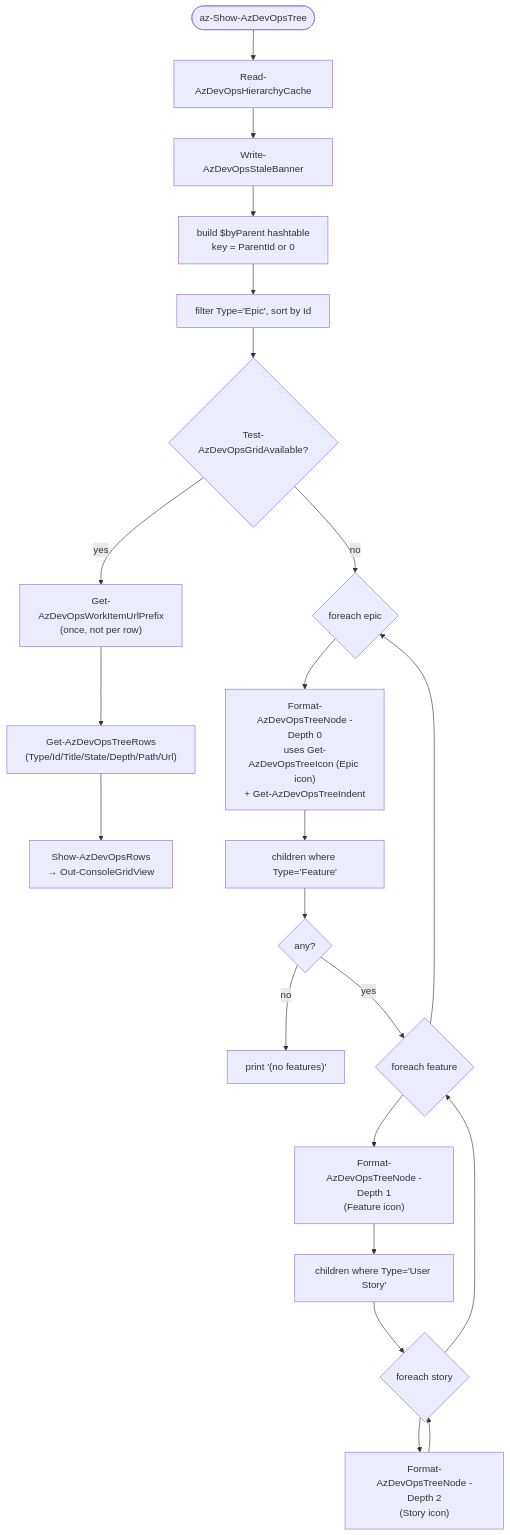
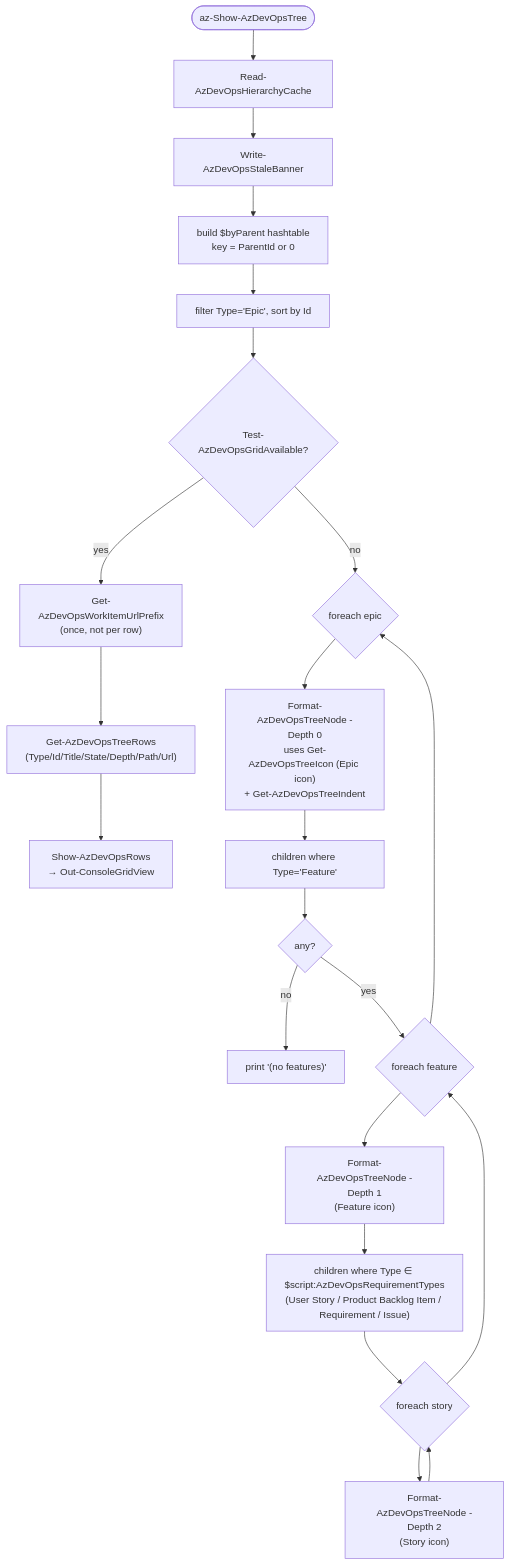
One commit to jdschleicher/bashcuts changed the seventh of 10 diagrams in docs/azure-devops-diagrams.md. Above: the diagram before and after it, drawn with Mermaid. The commit also changed other lines of this file and 1 other file, not shown here.

````diff
--- a/docs/azure-devops-diagrams.md
+++ b/docs/azure-devops-diagrams.md
@@ -269,24 +271,24 @@
 ```mermaid
 flowchart TD
     Start([az-Show-AzDevOpsTree]) --> Read[Read-AzDevOpsHierarchyCache]
     Read --> Banner[Write-AzDevOpsStaleBanner]
     Banner --> Index["build $byParent hashtable<br/>key = ParentId or 0"]
     Index --> Epics["filter Type='Epic', sort by Id"]
     Epics --> Grid{Test-AzDevOpsGridAvailable?}
     Grid -- yes --> Pfx["Get-AzDevOpsWorkItemUrlPrefix<br/>(once, not per row)"]
     Pfx --> RowsFn["Get-AzDevOpsTreeRows<br/>(Type/Id/Title/State/Depth/Path/Url)"]
     RowsFn --> Show["Show-AzDevOpsRows<br/>→ Out-ConsoleGridView"]
     Grid -- no --> ForEpic{foreach epic}
     ForEpic --> NodeE["Format-AzDevOpsTreeNode -Depth 0<br/>uses Get-AzDevOpsTreeIcon (Epic icon)<br/>+ Get-AzDevOpsTreeIndent"]
     NodeE --> Features["children where Type='Feature'"]
     Features --> NoFeat{any?}
     NoFeat -- no --> Empty["print '(no features)'"]
     NoFeat -- yes --> ForFeat{foreach feature}
     ForFeat --> NodeF["Format-AzDevOpsTreeNode -Depth 1<br/>(Feature icon)"]
-    NodeF --> Stories["children where Type='User Story'"]
+    NodeF --> Stories["children where Type ∈ $script:AzDevOpsRequirementTypes<br/>(User Story / Product Backlog Item / Requirement / Issue)"]
     Stories --> ForStory{foreach story}
     ForStory --> NodeS["Format-AzDevOpsTreeNode -Depth 2<br/>(Story icon)"]
     NodeS --> ForStory
     ForStory --> ForFeat
     ForFeat --> ForEpic
 ```
````
